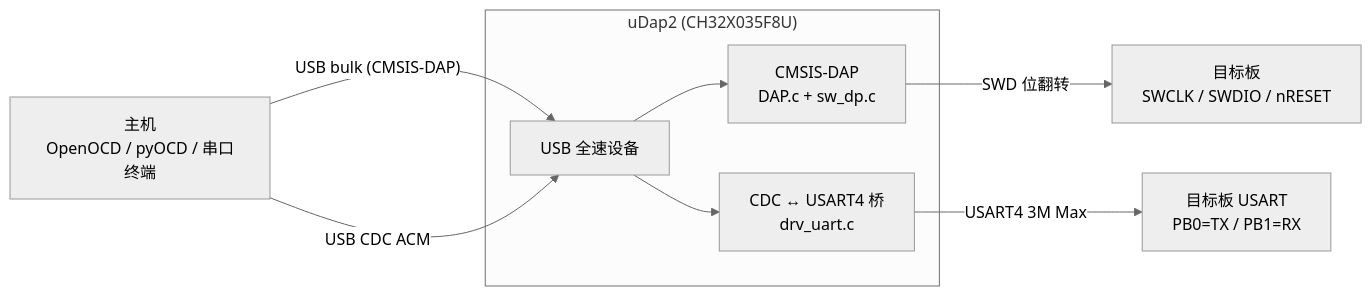
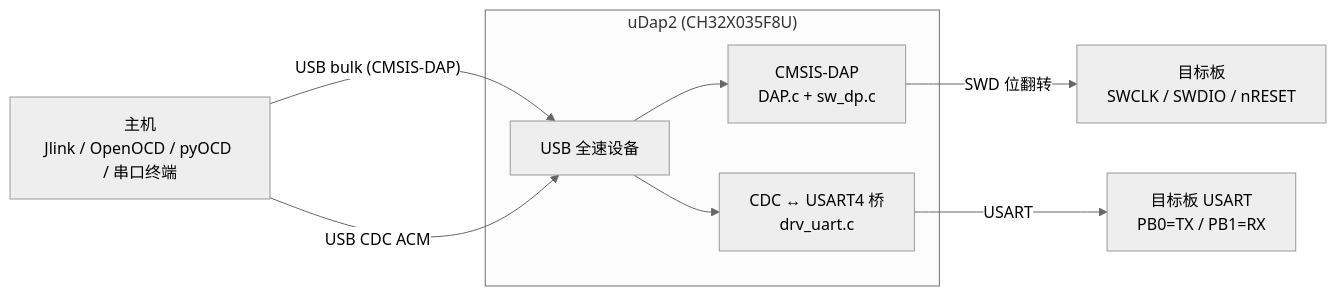
The diagram in readme.md (TheBadZhang/uDap), drawn with Mermaid (neutral theme) before and after one commit. The commit also changed other lines of this file and 3 other files, not shown here.

````diff
--- a/readme.md
+++ b/readme.md
@@ -40,18 +15,18 @@
 ```mermaid
 flowchart LR
-    PC["主机<br/>OpenOCD / pyOCD / 串口终端"]
+    PC["主机<br/>Jlink / OpenOCD / pyOCD / 串口终端"]
     subgraph DAP["uDap2 (CH32X035F8U)"]
         USBFS["USB 全速设备"]
         DAPC["CMSIS-DAP<br/>DAP.c + sw_dp.c"]
         BR["CDC ↔ USART4 桥<br/>drv_uart.c"]
     end
     TGT["目标板<br/>SWCLK / SWDIO / nRESET"]
     UART["目标板 USART<br/>PB0=TX / PB1=RX"]
 
     PC -- "USB bulk (CMSIS-DAP)" --> USBFS
     PC -- "USB CDC ACM" --> USBFS
     USBFS --> DAPC
     USBFS --> BR
     DAPC -- "SWD 位翻转" --> TGT
-    BR -- "USART4 3M Max" --> UART
+    BR -- "USART" --> UART
 ```
````
